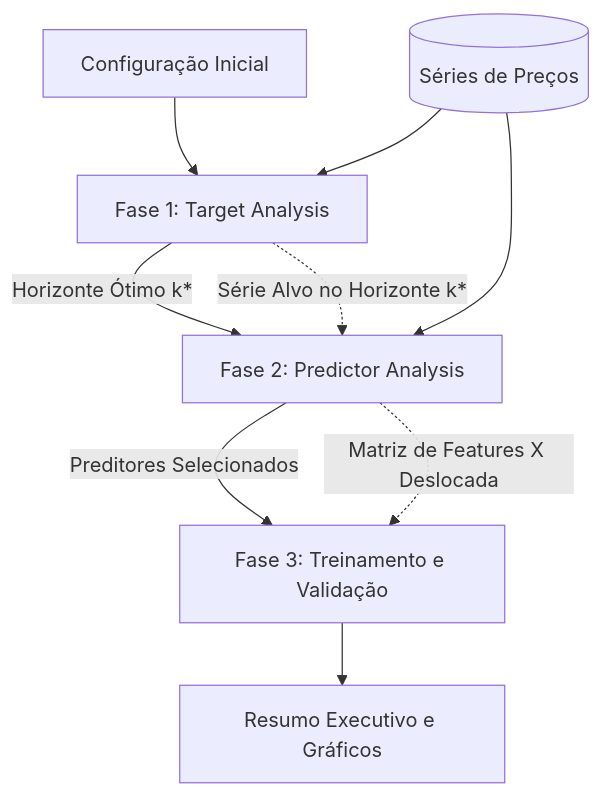
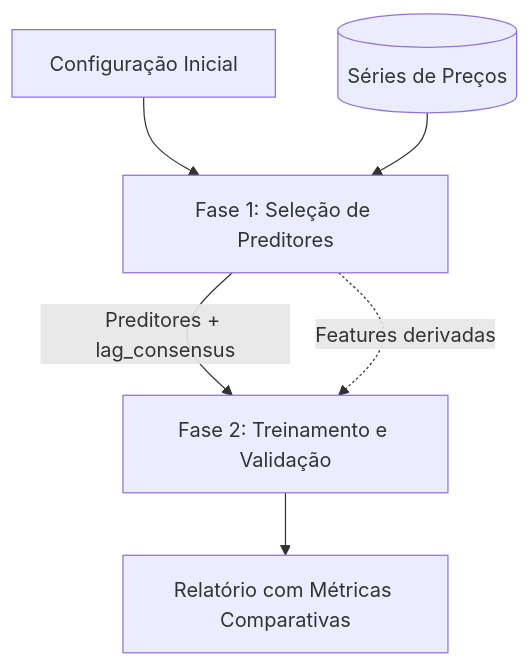
One commit to ynaponte/st-fin-analise changed the first of 3 diagrams in README.md. Above: the diagram before and after it, drawn with Mermaid. The commit also changed other lines of this file and 11 other files, not shown here.

````diff
--- a/README.md
+++ b/README.md
@@ -23,11 +23,8 @@
 ```mermaid
 flowchart TD
-    Config[Configuração Inicial] --> TA[Fase 1: Target Analysis]
-    Prices[(Séries de Preços)] --> TA
-    TA --> |Horizonte Ótimo k*| PA[Fase 2: Predictor Analysis]
-    Prices --> PA
-    PA --> |Preditores Selecionados| Model[Fase 3: Treinamento e Validação]
-    TA -.-> |Série Alvo no Horizonte k*| PA
-    PA -.-> |Matriz de Features X Deslocada| Model
-    Model --> Report[Resumo Executivo e Gráficos]
+    Config[Configuração Inicial] --> PA[Fase 1: Seleção de Preditores]
+    Prices[(Séries de Preços)] --> PA
+    PA --> |Preditores + lag_consensus| Model[Fase 2: Treinamento e Validação]
+    PA -.-> |Features derivadas| Model
+    Model --> Report[Relatório com Métricas Comparativas]
 ```
````
